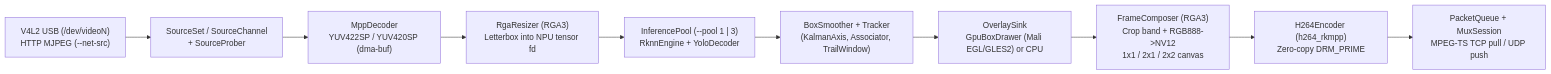
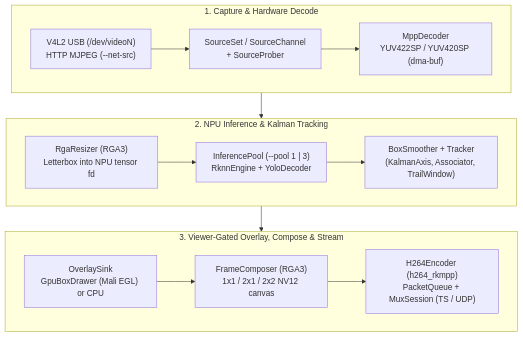
The diagram in light_ai/README.md (xdcsystems/light), drawn with Mermaid before and after one commit. The commit also changed other lines of this file and 4 other files, not shown here.

Commit message:
docs(light_ai): refine README captures, Mermaid layout, and portable paths

````diff
--- a/light_ai/README.md
+++ b/light_ai/README.md
@@ -68,12 +68,23 @@
 ```mermaid
-flowchart LR
-    S["V4L2 USB (/dev/videoN)<br/>HTTP MJPEG (--net-src)"] --> SC["SourceSet / SourceChannel<br/>+ SourceProber"]
-    SC --> DEC["MppDecoder<br/>YUV422SP / YUV420SP (dma-buf)"]
-    DEC --> RGA1["RgaResizer (RGA3)<br/>Letterbox into NPU tensor fd"]
-    RGA1 --> POOL["InferencePool (--pool 1 | 3)<br/>RknnEngine + YoloDecoder"]
-    POOL --> TRK["BoxSmoother + Tracker<br/>(KalmanAxis, Associator, TrailWindow)"]
-    TRK --> OVL["OverlaySink<br/>GpuBoxDrawer (Mali EGL/GLES2) or CPU"]
-    OVL --> COMP["FrameComposer (RGA3)<br/>Crop band + RGB888->NV12<br/>1x1 / 2x1 / 2x2 canvas"]
-    COMP --> ENC["H264Encoder (h264_rkmpp)<br/>Zero-copy DRM_PRIME"]
-    ENC --> MUX["PacketQueue + MuxSession<br/>MPEG-TS TCP pull / UDP push"]
+flowchart TB
+    subgraph S1["1. Capture & Hardware Decode"]
+        direction LR
+        S["V4L2 USB (/dev/videoN)<br/>HTTP MJPEG (--net-src)"] --> SC["SourceSet / SourceChannel<br/>+ SourceProber"]
+        SC --> DEC["MppDecoder<br/>YUV422SP / YUV420SP (dma-buf)"]
+    end
+
+    subgraph S2["2. NPU Inference & Kalman Tracking"]
+        direction LR
+        RGA1["RgaResizer (RGA3)<br/>Letterbox into NPU tensor fd"] --> POOL["InferencePool (--pool 1 | 3)<br/>RknnEngine + YoloDecoder"]
+        POOL --> TRK["BoxSmoother + Tracker<br/>(KalmanAxis, Associator, TrailWindow)"]
+    end
+
+    subgraph S3["3. Viewer-Gated Overlay, Compose & Stream"]
+        direction LR
+        OVL["OverlaySink<br/>GpuBoxDrawer (Mali EGL) or CPU"] --> COMP["FrameComposer (RGA3)<br/>1x1 / 2x1 / 2x2 NV12 canvas"]
+        COMP --> ENC["H264Encoder (h264_rkmpp)<br/>PacketQueue + MuxSession (TS / UDP)"]
+    end
+
+    DEC --> RGA1
+    TRK --> OVL
 ```
````
